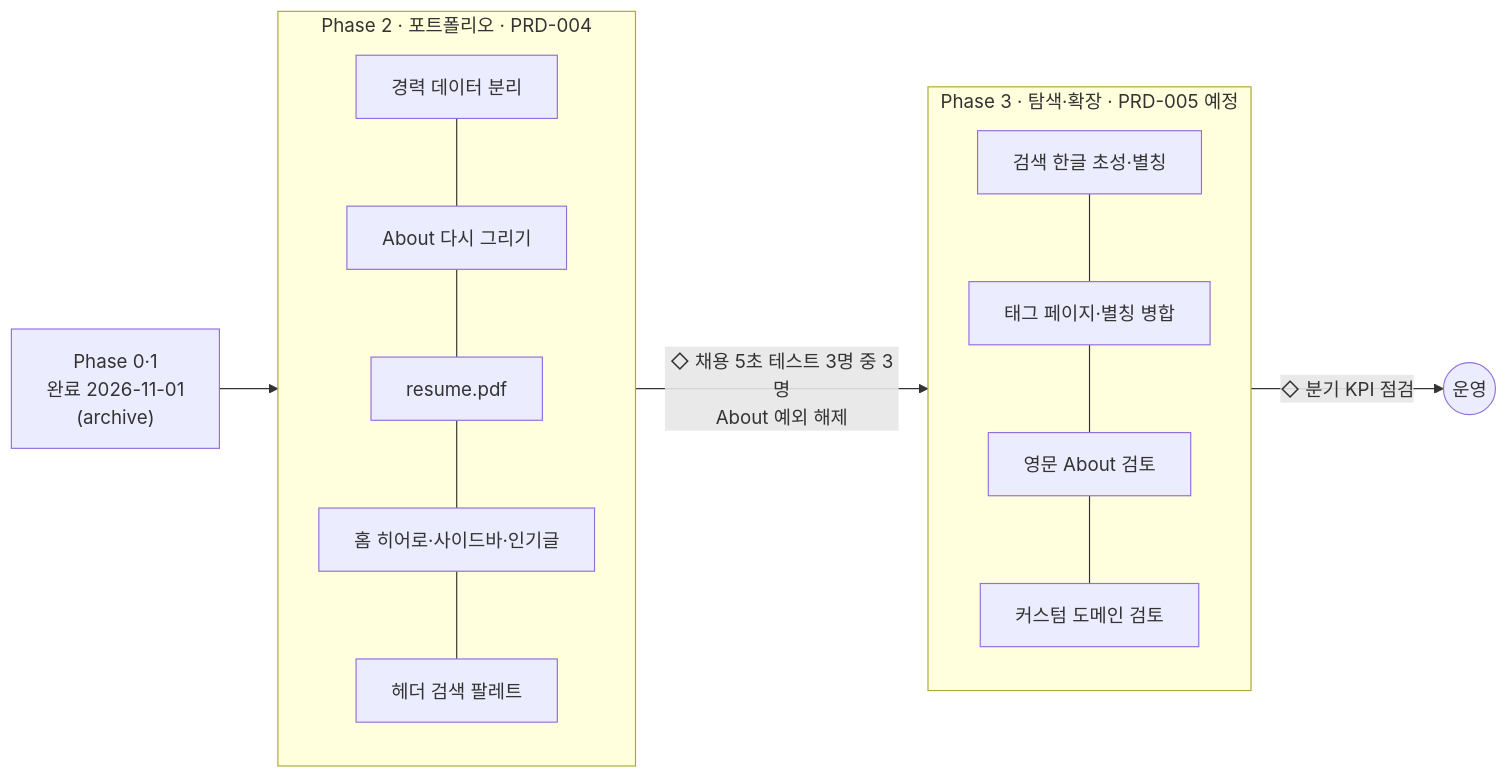
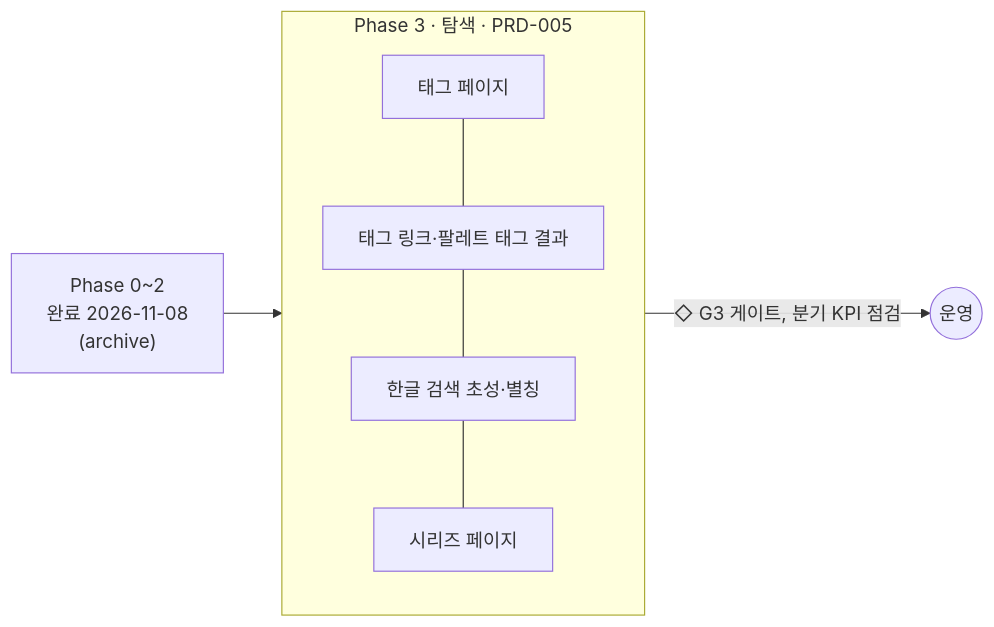
Before and after one commit to comstering/comstering.github.io: the second of 2 diagrams in cowork/prd/001_site_master-plan.md, drawn with Mermaid. The commit also changed other lines of this file and 18 other files, not shown here.

````diff
--- a/cowork/prd/001_site_master-plan.md
+++ b/cowork/prd/001_site_master-plan.md
@@ -236,14 +224,9 @@
 ```mermaid
 flowchart LR
-    done["Phase 0·1<br/>완료 2026-11-01<br/>(archive)"] --> P2
-    subgraph P2["Phase 2 · 포트폴리오 · PRD-004"]
+    done["Phase 0~2<br/>완료 2026-11-08<br/>(archive)"] --> P3
+    subgraph P3["Phase 3 · 탐색 · PRD-005"]
         direction TB
-        p2a[경력 데이터 분리] --- p2b[About 다시 그리기] --- p2c[resume.pdf] --- p2d[홈 히어로·사이드바·인기글] --- p2e[헤더 검색 팔레트]
+        p3a[태그 페이지] --- p3b[태그 링크·팔레트 태그 결과] --- p3c[한글 검색 초성·별칭] --- p3d[시리즈 페이지]
     end
-    subgraph P3["Phase 3 · 탐색·확장 · PRD-005 예정"]
-        direction TB
-        p3a[검색 한글 초성·별칭] --- p3b[태그 페이지·별칭 병합] --- p3c[영문 About 검토] --- p3d[커스텀 도메인 검토]
-    end
-    P2 -->|"◇ 채용 5초 테스트 3명 중 3명<br/>About 예외 해제"| P3
-    P3 -->|"◇ 분기 KPI 점검"| KPI((운영))
+    P3 -->|"◇ G3 게이트, 분기 KPI 점검"| KPI((운영))
 ```
````
